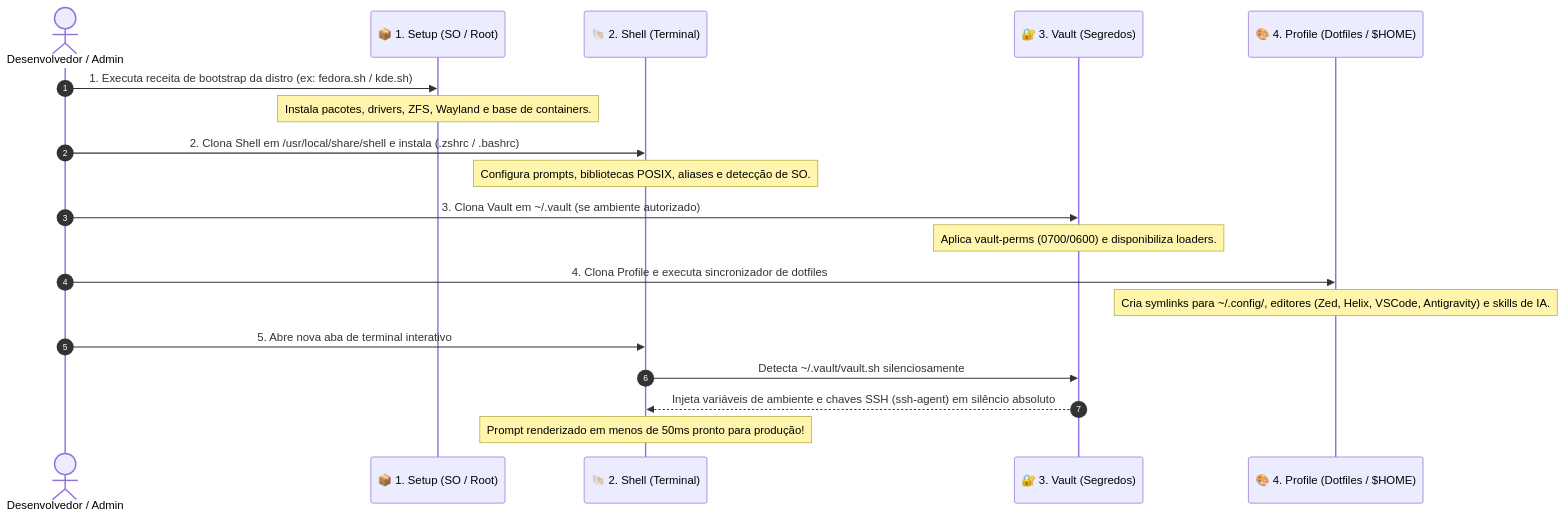
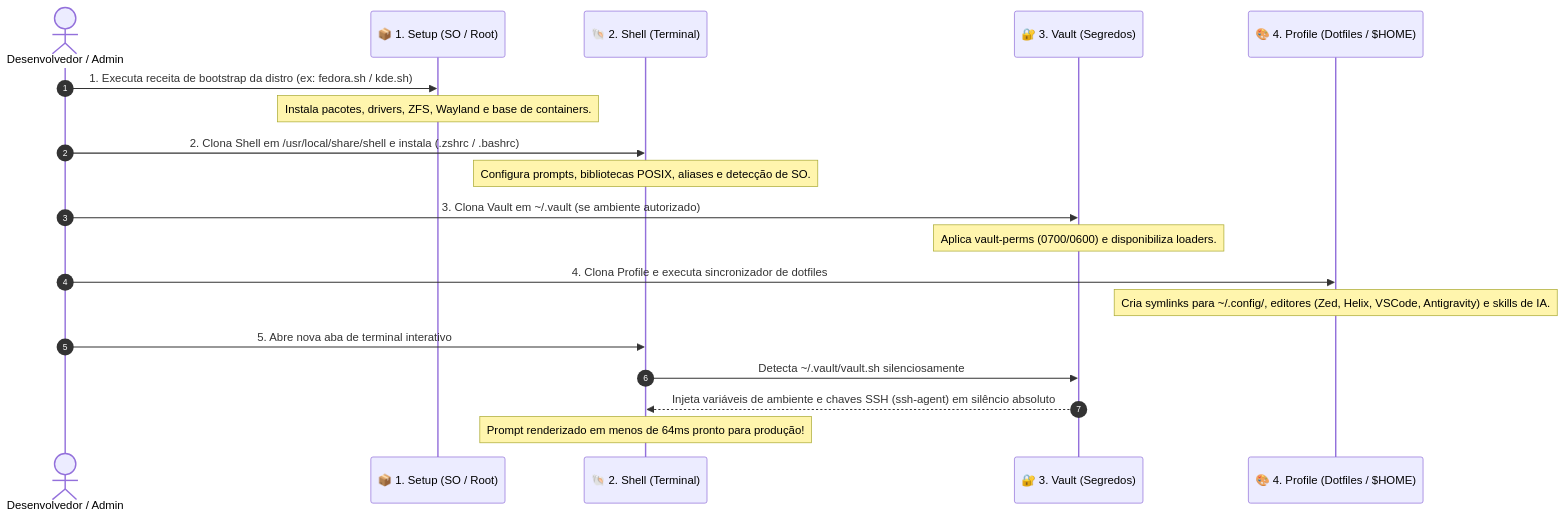
Before and after one commit to GabrielFrigo4/profile: the second of 2 diagrams in ENVIRONMENT.md, drawn with Mermaid. The commit also changed other lines of this file and 3 other files, not shown here.

````diff
--- a/ENVIRONMENT.md
+++ b/ENVIRONMENT.md
@@ -75,22 +75,22 @@
 ```mermaid
 sequenceDiagram
     autonumber
     actor Dev as Desenvolvedor / Admin
     participant S as 📦 1. Setup (SO / Root)
     participant Sh as 🐚 2. Shell (Terminal)
     participant V as 🔐 3. Vault (Segredos)
     participant P as 🎨 4. Profile (Dotfiles / $HOME)
 
     Dev->>S: 1. Executa receita de bootstrap da distro (ex: fedora.sh / kde.sh)
     Note over S: Instala pacotes, drivers, ZFS, Wayland e base de containers.
     Dev->>Sh: 2. Clona Shell em /usr/local/share/shell e instala (.zshrc / .bashrc)
     Note over Sh: Configura prompts, bibliotecas POSIX, aliases e detecção de SO.
     Dev->>V: 3. Clona Vault em ~/.vault (se ambiente autorizado)
     Note over V: Aplica vault-perms (0700/0600) e disponibiliza loaders.
     Dev->>P: 4. Clona Profile e executa sincronizador de dotfiles
     Note over P: Cria symlinks para ~/.config/, editores (Zed, Helix, VSCode, Antigravity) e skills de IA.
     Dev->>Sh: 5. Abre nova aba de terminal interativo
     Sh->>V: Detecta ~/.vault/vault.sh silenciosamente
     V-->>Sh: Injeta variáveis de ambiente e chaves SSH (ssh-agent) em silêncio absoluto
-    Note over Sh: Prompt renderizado em menos de 50ms pronto para produção!
+    Note over Sh: Prompt renderizado em menos de 64ms pronto para produção!
 ```
````
